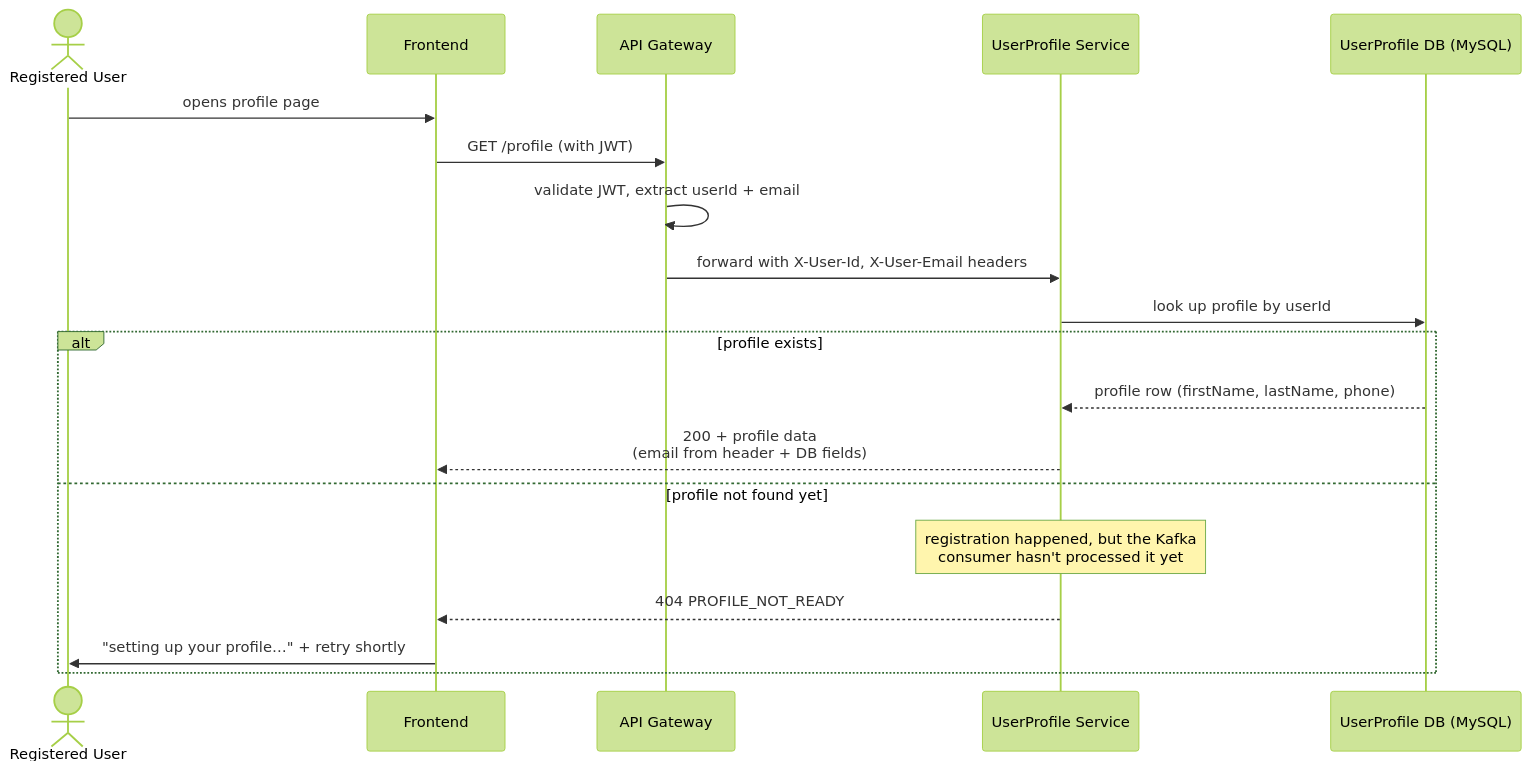
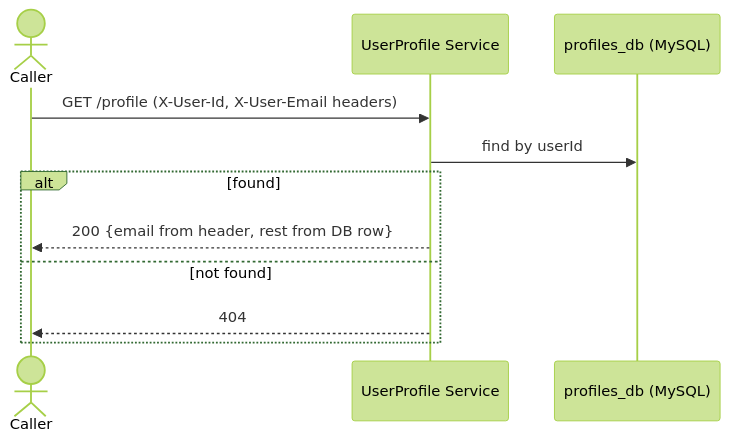
Before and after one commit to mathaisjustin/cardiac-diagonistics: the second of 3 diagrams in docs/01-services/user-profile-service/flows.md, drawn with Mermaid (forest theme). The commit also changed other lines of this file and 29 other files, not shown here.

````diff
--- a/docs/01-services/user-profile-service/flows.md
+++ b/docs/01-services/user-profile-service/flows.md
@@ -22,23 +25,14 @@
 ```mermaid
 sequenceDiagram
-    actor U as Registered User
-    participant FE as Frontend
-    participant GW as API Gateway
+    actor U as Caller
     participant UP as UserProfile Service
-    participant DB as UserProfile DB (MySQL)
+    participant DB as profiles_db (MySQL)
 
-    U->>FE: opens profile page
-    FE->>GW: GET /profile (with JWT)
-    GW->>GW: validate JWT, extract userId + email
-    GW->>UP: forward with X-User-Id, X-User-Email headers
-    UP->>DB: look up profile by userId
-
-    alt profile exists
-        DB-->>UP: profile row (firstName, lastName, phone)
-        UP-->>FE: 200 + profile data<br/>(email from header + DB fields)
-    else profile not found yet
-        Note over UP: registration happened, but the Kafka<br/>consumer hasn't processed it yet
-        UP-->>FE: 404 PROFILE_NOT_READY
-        FE->>U: "setting up your profile…" + retry shortly
+    U->>UP: GET /profile (X-User-Id, X-User-Email headers)
+    UP->>DB: find by userId
+    alt found
+        UP-->>U: 200 {email from header, rest from DB row}
+    else not found
+        UP-->>U: 404
     end
 ```
````
